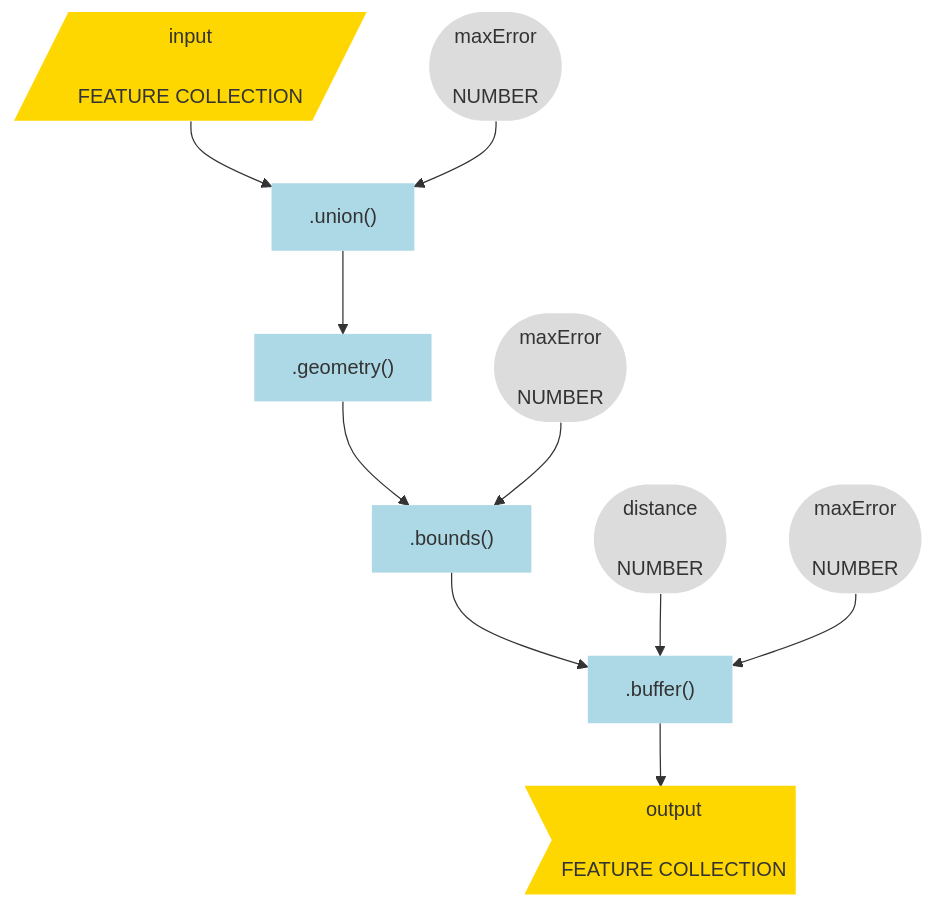
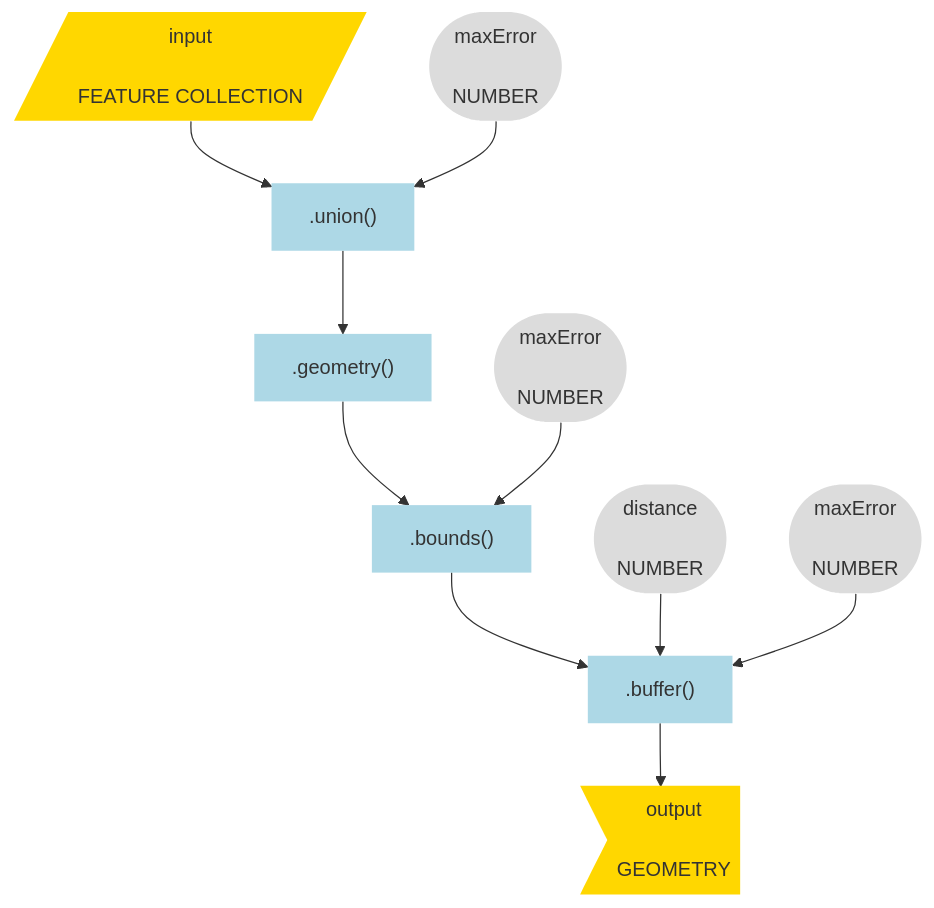
One commit to jeffhowarth/eeprimer changed the third of 17 diagrams in src/workflows/grassland_bird_habitat.md. Above: the diagram before and after it, drawn with Mermaid. The commit also changed other lines of this file and 4 other files, not shown here.

````diff
--- a/src/workflows/grassland_bird_habitat.md
+++ b/src/workflows/grassland_bird_habitat.md
@@ -144,26 +147,26 @@
 ``` mermaid
 graph TD
   input[/input\n\nFEATURE COLLECTION/] --> method1[".union()"] ;
 
   method1 --> method2[".geometry()"];
   method2 --> method3[".bounds()"];
   method3 --> method4[".buffer()"]
-  method4 --> output>output\n\nFEATURE COLLECTION];
+  method4 --> output>output\n\nGEOMETRY];
 
   arg_att1([maxError\n\nNUMBER]) --> method1 ;
   arg_att2([maxError\n\nNUMBER])  --> method3 ;
   arg_att3([distance\n\nNUMBER])  --> method4 ;
   arg_att4([maxError\n\nNUMBER])  --> method4 ;
 
 
   style input fill:#FFD700,stroke-width:0px
   style method1 fill:#ADD8E6,stroke-width:0px
   style method2 fill:#ADD8E6,stroke-width:0px
   style method3 fill:#ADD8E6,stroke-width:0px
   style method4 fill:#ADD8E6,stroke-width:0px
   style output fill:#FFD700,stroke-width:0px
   style arg_att1 fill:#DCDCDC,stroke-width:0px
   style arg_att2 fill:#DCDCDC,stroke-width:0px
   style arg_att3 fill:#DCDCDC,stroke-width:0px
   style arg_att4 fill:#DCDCDC,stroke-width:0px
 ```
````
